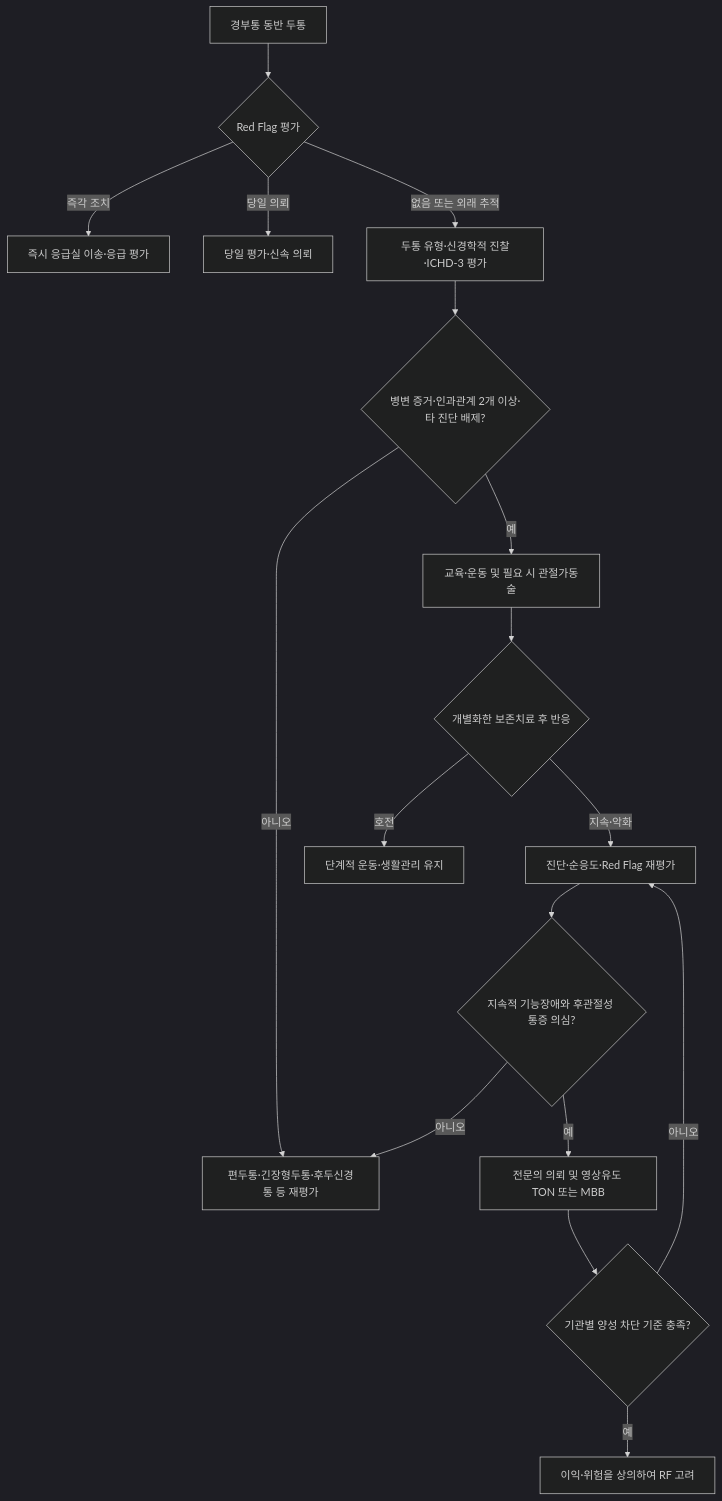
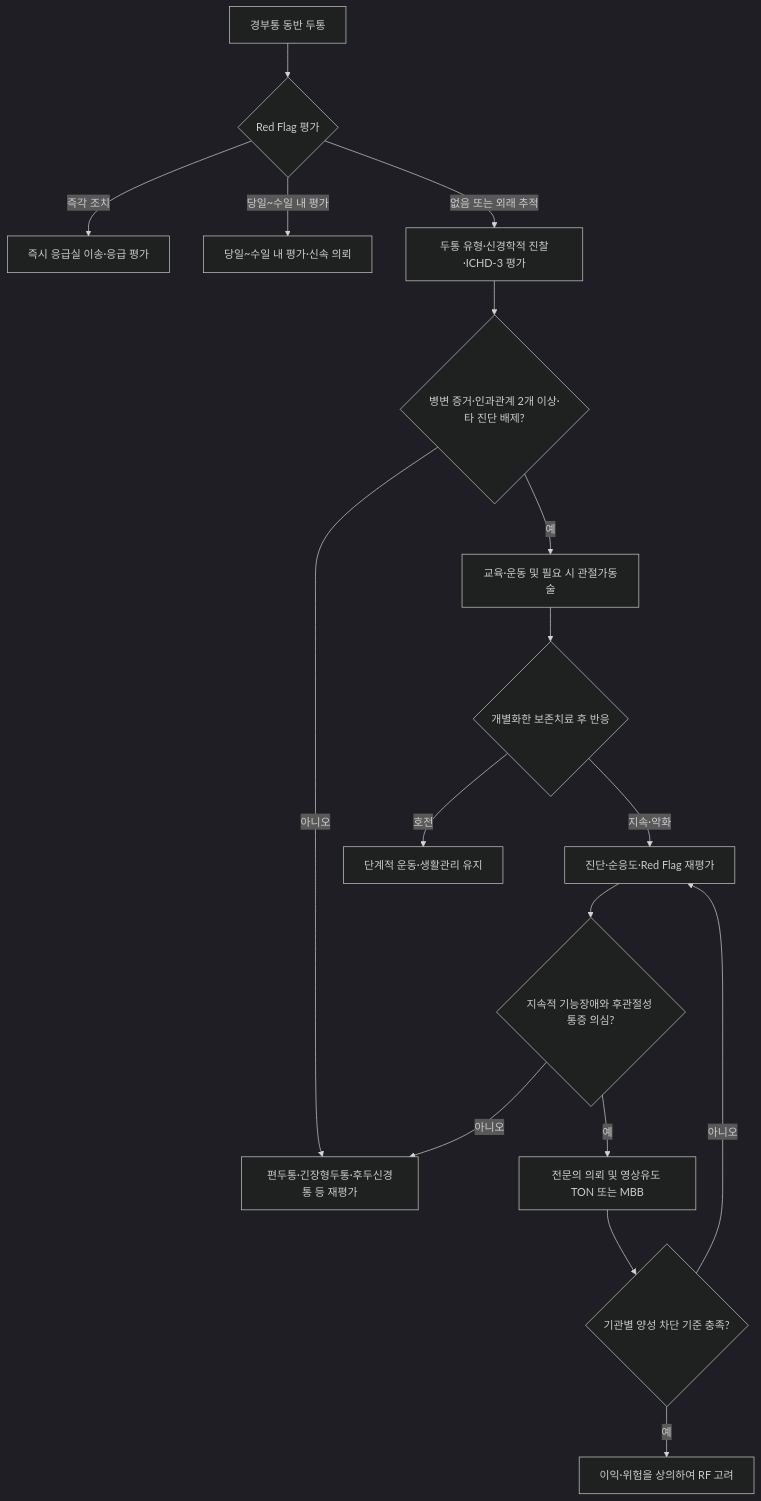
One commit to familyoh77/familyoh77 changed the diagram in 221_/019_-cervicogenic-headache.md. Above: the diagram before and after it, drawn with Mermaid (dark theme). The commit also changed other lines of this file, not shown here.

````diff
--- a/221_/019_-cervicogenic-headache.md
+++ b/221_/019_-cervicogenic-headache.md
@@ -154,19 +146,19 @@
 ```mermaid
 flowchart TD
     A[경부통 동반 두통] --> B{Red Flag 평가}
     B -->|즉각 조치| C[즉시 응급실 이송·응급 평가]
-    B -->|당일 의뢰| D[당일 평가·신속 의뢰]
+    B -->|당일~수일 내 평가| D[당일~수일 내 평가·신속 의뢰]
     B -->|없음 또는 외래 추적| E[두통 유형·신경학적 진찰·ICHD-3 평가]
     E --> F{병변 증거·인과관계 2개 이상·타 진단 배제?}
     F -->|아니오| G[편두통·긴장형두통·후두신경통 등 재평가]
     F -->|예| H[교육·운동 및 필요 시 관절가동술]
     H --> I{개별화한 보존치료 후 반응}
     I -->|호전| J[단계적 운동·생활관리 유지]
     I -->|지속·악화| K[진단·순응도·Red Flag 재평가]
     K --> L{지속적 기능장애와 후관절성 통증 의심?}
     L -->|아니오| G
     L -->|예| M[전문의 의뢰 및 영상유도 TON 또는 MBB]
     M --> N{기관별 양성 차단 기준 충족?}
     N -->|예| O[이익·위험을 상의하여 RF 고려]
     N -->|아니오| K
 ```
````
